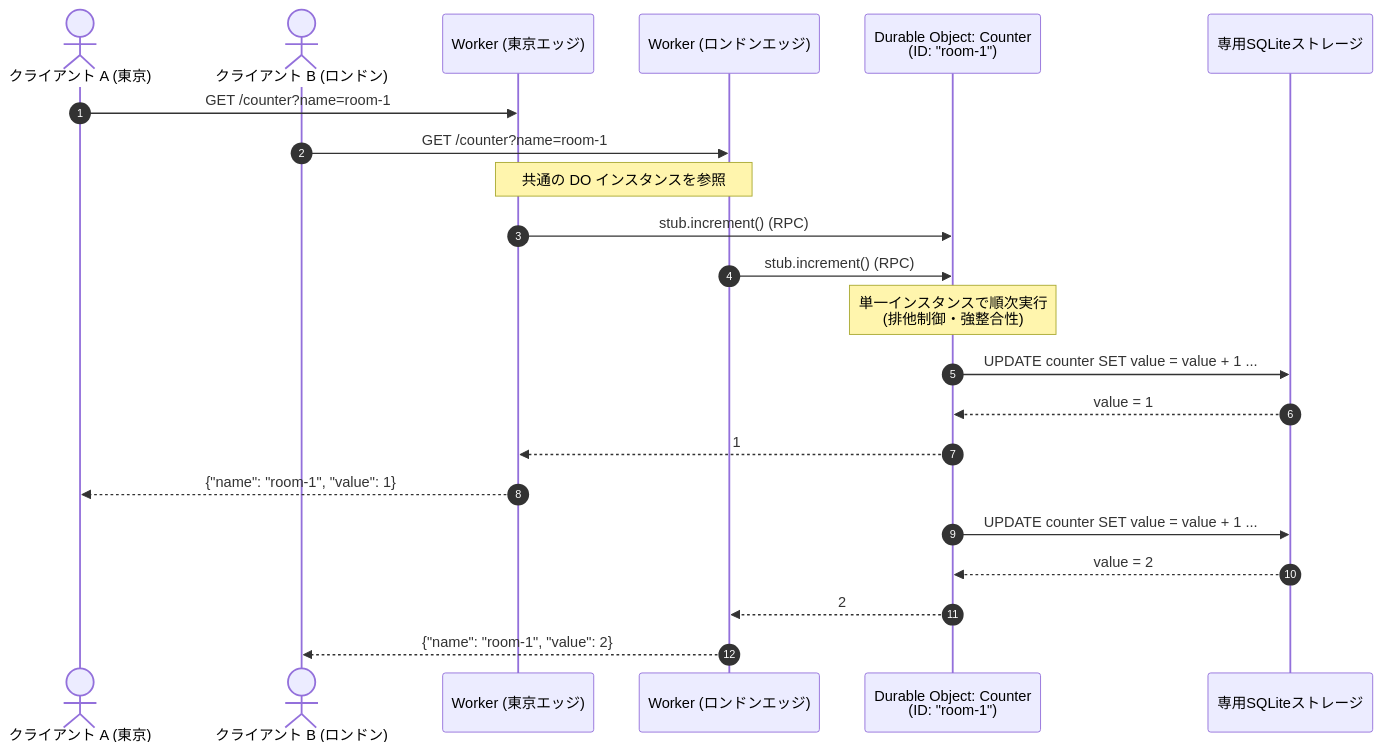
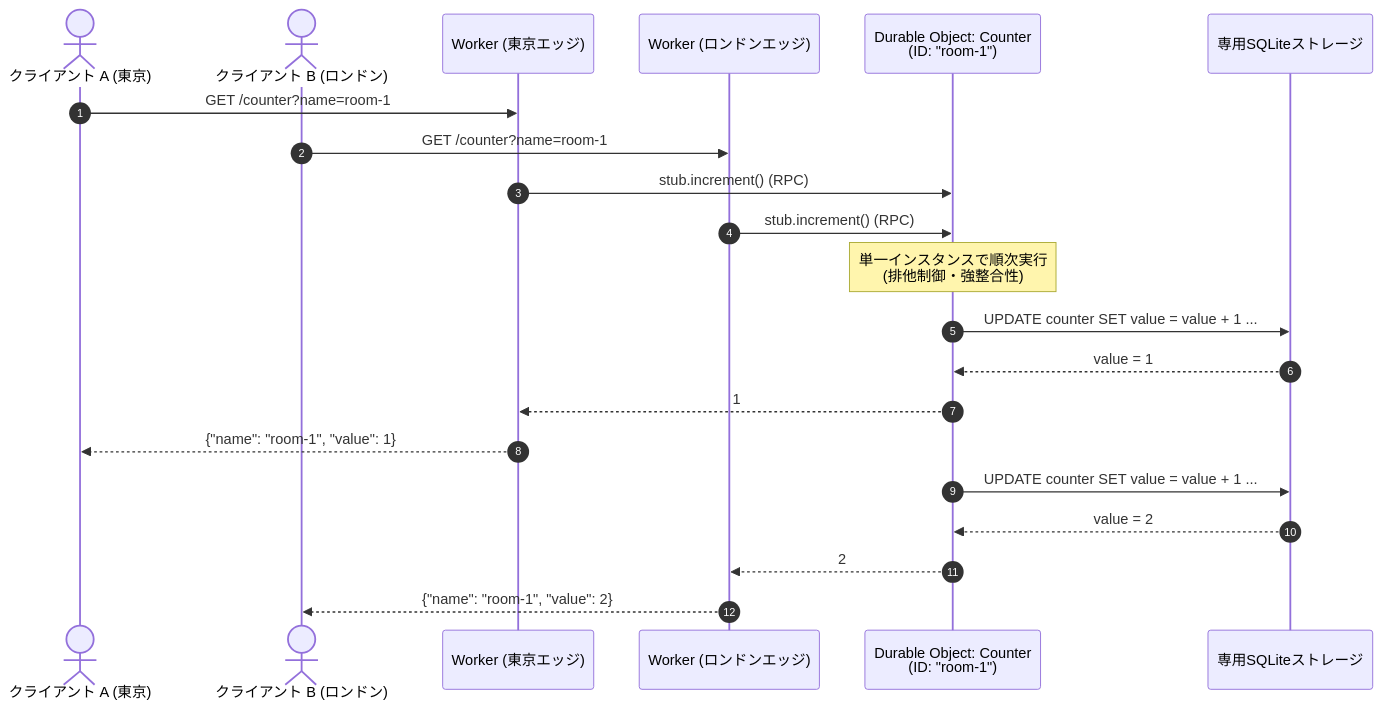
The first of 2 diagrams in articles/9a9769410a26d8.md (mpppk/zenn-contents), drawn with Mermaid before and after one commit. The commit also changed other lines of this file and 1 other file, not shown here.

````diff
--- a/articles/9a9769410a26d8.md
+++ b/articles/9a9769410a26d8.md
@@ -56,30 +39,29 @@
 ```mermaid
 sequenceDiagram
     autonumber
     actor ClientA as クライアント A (東京)
     actor ClientB as クライアント B (ロンドン)
     participant WorkerTokyo as Worker (東京エッジ)
     participant WorkerLondon as Worker (ロンドンエッジ)
     participant DO as Durable Object: Counter<br/>(ID: "room-1")
     participant Storage as 専用SQLiteストレージ
 
     ClientA->>WorkerTokyo: GET /counter?name=room-1
     ClientB->>WorkerLondon: GET /counter?name=room-1
     
-    Note over WorkerTokyo,WorkerLondon: 共通の DO インスタンスを参照
-    
+   
     WorkerTokyo->>DO: stub.increment() (RPC)
     WorkerLondon->>DO: stub.increment() (RPC)
     
     Note over DO: 単一インスタンスで順次実行<br/>(排他制御・強整合性)
     
     DO->>Storage: UPDATE counter SET value = value + 1 ...
     Storage-->>DO: value = 1
     DO-->>WorkerTokyo: 1
     WorkerTokyo-->>ClientA: {"name": "room-1", "value": 1}
 
     DO->>Storage: UPDATE counter SET value = value + 1 ...
     Storage-->>DO: value = 2
     DO-->>WorkerLondon: 2
     WorkerLondon-->>ClientB: {"name": "room-1", "value": 2}
 ```
````
